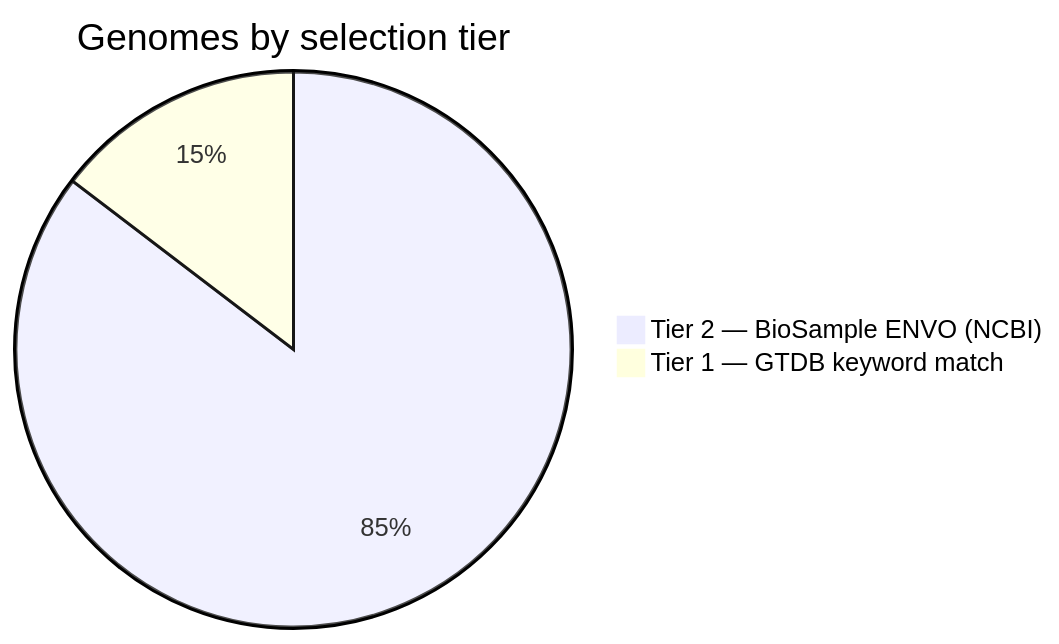
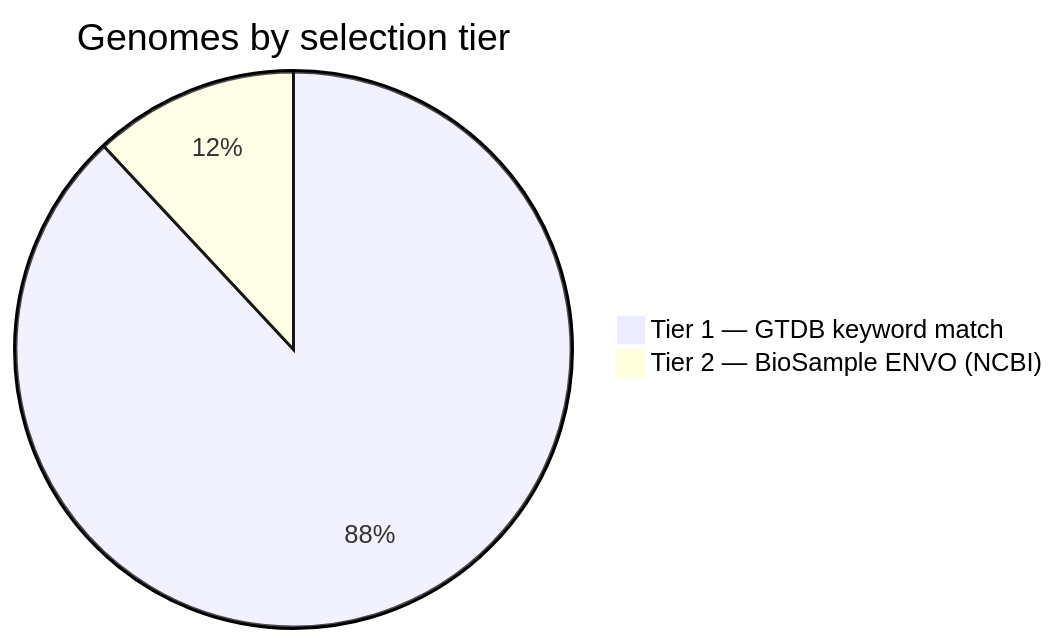
The third of 4 diagrams in docs/marine-genome-selection.md (shuklagyanesh21/marine), drawn with Mermaid before and after one commit. The commit also changed other lines of this file and 25 other files, not shown here.

````diff
--- a/docs/marine-genome-selection.md
+++ b/docs/marine-genome-selection.md
@@ -133,5 +132,5 @@
 ```mermaid
 pie title Genomes by selection tier
-    "Tier 2 — BioSample ENVO (NCBI)" : 10683
-    "Tier 1 — GTDB keyword match" : 1831
+    "Tier 1 — GTDB keyword match" : 37069
+    "Tier 2 — BioSample ENVO (NCBI)" : 5030
 ```
````
